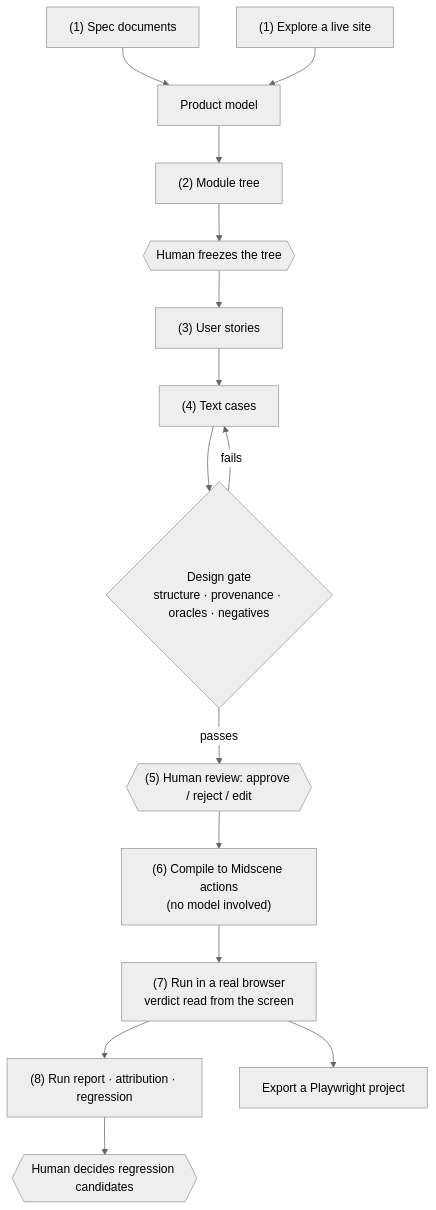
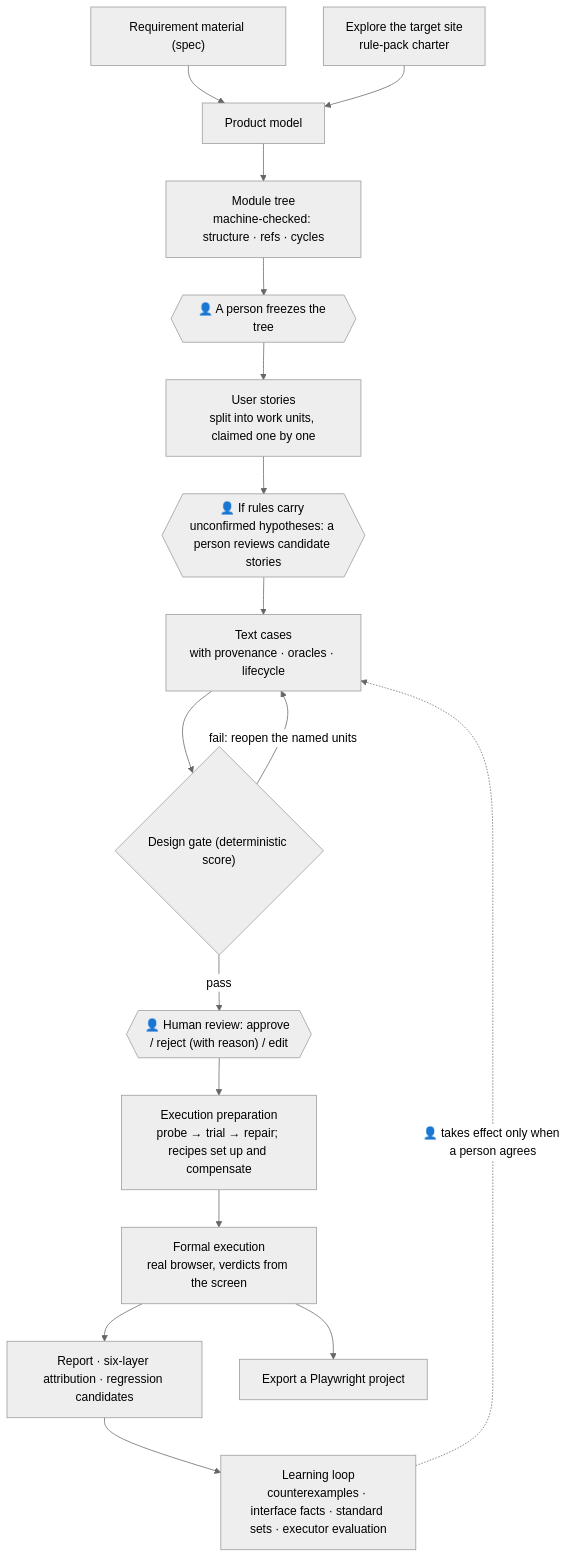
The first of 2 diagrams in README.en.md (zyonlab/TestPilot), drawn with Mermaid (neutral theme) before and after one commit. The commit also changed other lines of this file and 1 other file, not shown here.

````diff
--- a/README.en.md
+++ b/README.en.md
@@ -55,17 +87,19 @@
 ```mermaid
 flowchart TD
-  S["(1) Spec documents"] --> PM["Product model"]
-  E["(1) Explore a live site"] --> PM
-  PM --> MT["(2) Module tree"]
-  MT --> FZ{{"Human freezes the tree"}}
-  FZ --> ST["(3) User stories"]
-  ST --> TC["(4) Text cases"]
-  TC --> G1{"Design gate<br/>structure · provenance · oracles · negatives"}
-  G1 -- fails --> TC
-  G1 -- passes --> RV{{"(5) Human review: approve / reject / edit"}}
-  RV --> CG["(6) Compile to Midscene actions<br/>(no model involved)"]
-  CG --> EX["(7) Run in a real browser<br/>verdict read from the screen"]
-  EX --> RP["(8) Run report · attribution · regression"]
+  S["Requirement material (spec)"] --> PM["Product model"]
+  E["Explore the target site<br/>rule-pack charter"] --> PM
+  PM --> MT["Module tree<br/>machine-checked: structure · refs · cycles"]
+  MT --> FZ{{"👤 A person freezes the tree"}}
+  FZ --> ST["User stories<br/>split into work units, claimed one by one"]
+  ST --> SR{{"👤 If rules carry unconfirmed hypotheses: a person reviews candidate stories"}}
+  SR --> TC["Text cases<br/>with provenance · oracles · lifecycle"]
+  TC --> G1{"Design gate (deterministic score)"}
+  G1 -- "fail: reopen the named units" --> TC
+  G1 -- pass --> RV{{"👤 Human review: approve / reject (with reason) / edit"}}
+  RV --> PR["Execution preparation<br/>probe → trial → repair; recipes set up and compensate"]
+  PR --> EX["Formal execution<br/>real browser, verdicts from the screen"]
+  EX --> RP["Report · six-layer attribution · regression candidates"]
   EX --> PW["Export a Playwright project"]
-  RP --> RG{{"Human decides regression candidates"}}
+  RP --> LR["Learning loop<br/>counterexamples · interface facts · standard sets · executor evaluation"]
+  LR -.->|"👤 takes effect only when a person agrees"| TC
 ```
````
